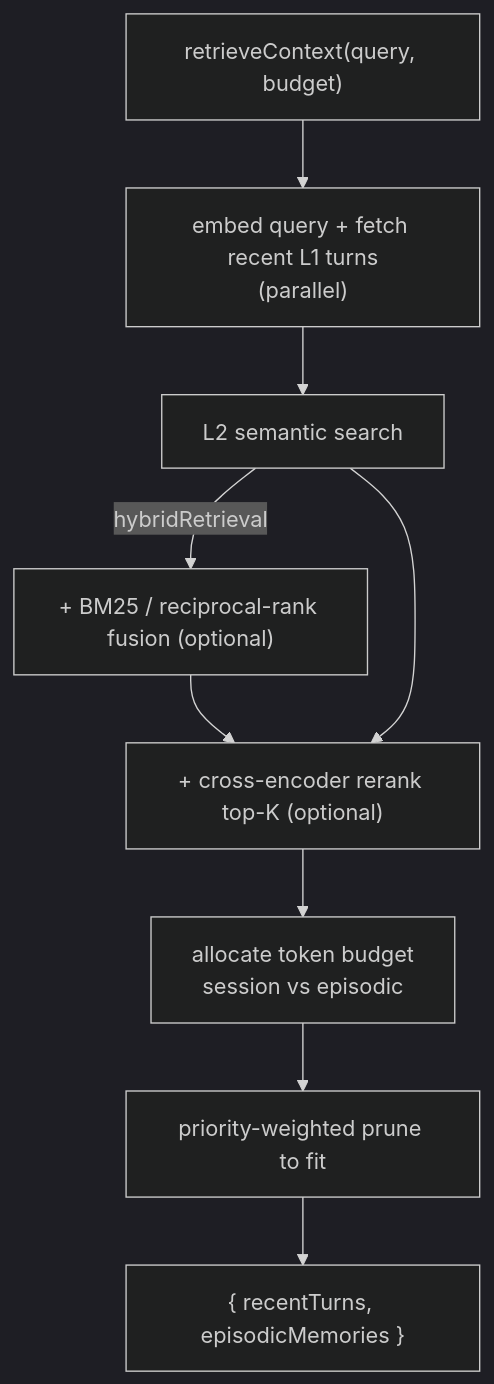
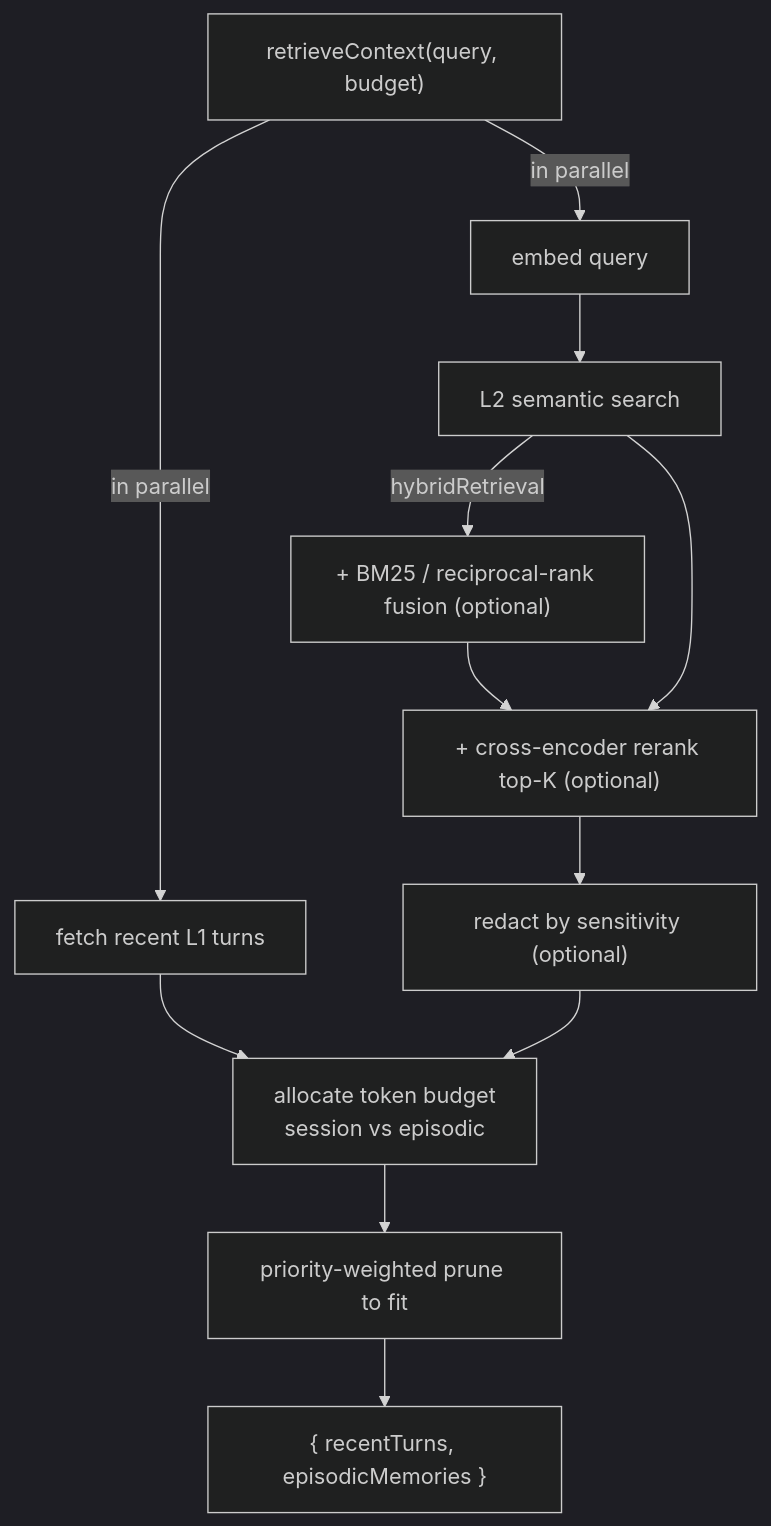
The diagram in README.md (actrone/actrone-memory-ts), drawn with Mermaid (dark theme) before and after one commit. The commit also changed other lines of this file and 8 other files, not shown here.

Commit message:
feat: implement redaction on read for sensitive data in retrieveContext and searchMemories; update config and add tests

````diff
--- a/README.md
+++ b/README.md
@@ -274,11 +288,14 @@
 ```mermaid
 flowchart TD
-    Q["retrieveContext(query, budget)"] --> P1["embed query + fetch recent L1 turns<br/>(parallel)"]
-    P1 --> L2["L2 semantic search"]
+    Q["retrieveContext(query, budget)"] -->|"in parallel"| L1["fetch recent L1 turns"]
+    Q -->|"in parallel"| EMB["embed query"]
+    EMB --> L2["L2 semantic search"]
     L2 -->|"hybridRetrieval"| RRF["+ BM25 / reciprocal-rank fusion (optional)"]
     RRF --> RR["+ cross-encoder rerank top-K (optional)"]
     L2 --> RR
-    RR --> ALLOC["allocate token budget<br/>session vs episodic"]
+    RR --> RED["redact by sensitivity (optional)"]
+    L1 --> ALLOC["allocate token budget<br/>session vs episodic"]
+    RED --> ALLOC
     ALLOC --> PRUNE["priority-weighted prune to fit"]
     PRUNE --> OUT["{ recentTurns, episodicMemories }"]
 ```
````
